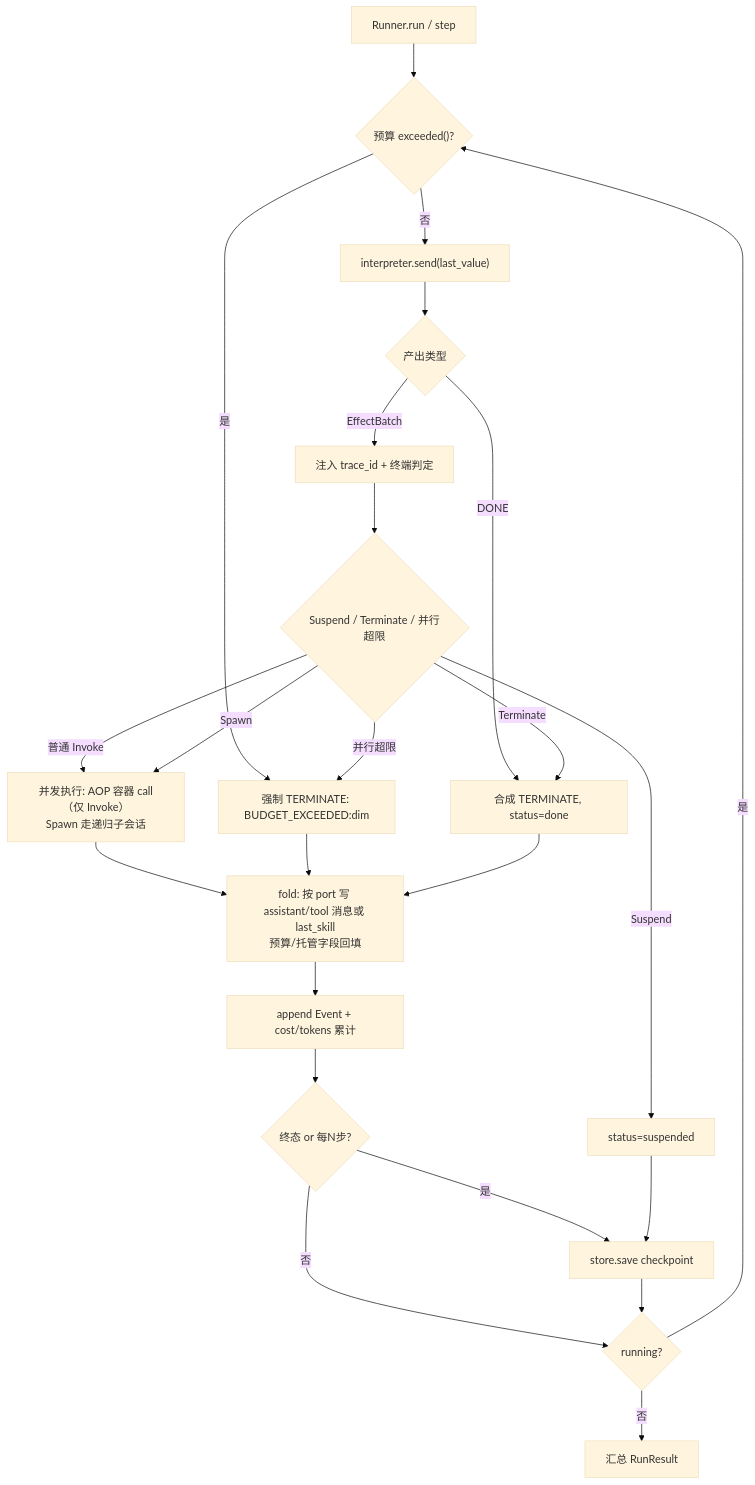
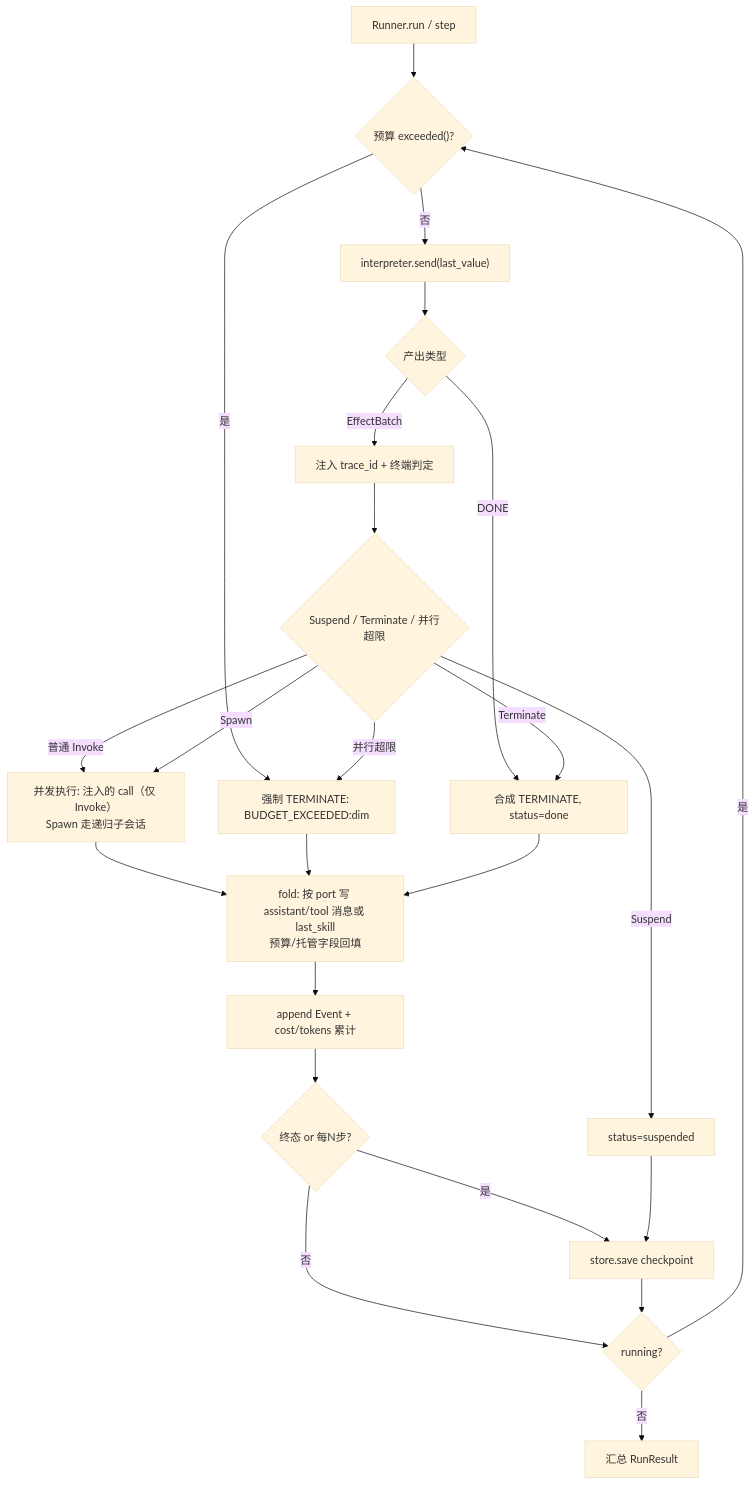
Before and after one commit to sao-lang/lll: the diagram in docs/02-模块详设/Agent/R1-核心运行时.md, drawn with Mermaid (base theme). The commit also changed other lines of this file and 159 other files, not shown here.

````diff
--- a/docs/02-模块详设/Agent/R1-核心运行时.md
+++ b/docs/02-模块详设/Agent/R1-核心运行时.md
@@ -27,26 +38,26 @@
 ```mermaid
 flowchart TD
     A["Runner.run / step"] --> B{"预算 exceeded()?"}
     B -->|是| E["强制 TERMINATE: BUDGET_EXCEEDED:dim"]
     B -->|否| D["interpreter.send(last_value)"]
     D --> DD{"产出类型"}
     DD -->|DONE| E2["合成 TERMINATE, status=done"]
     DD -->|EffectBatch| T["注入 trace_id + 终端判定"]
     T --> P{"Suspend / Terminate / 并行超限"}
     P -->|Suspend| S["status=suspended"]
     P -->|Terminate| E2
     P -->|并行超限| E
-    P -->|"普通 Invoke"| X["并发执行: AOP 容器 call（仅 Invoke）<br/>Spawn 走递归子会话"]
+    P -->|"普通 Invoke"| X["并发执行: 注入的 call（仅 Invoke）<br/>Spawn 走递归子会话"]
     P -->|Spawn| X
     X --> F["fold: 按 port 写 assistant/tool 消息或 last_skill<br/>预算/托管字段回填"]
     F --> EV["append Event + cost/tokens 累计"]
     EV --> CK{"终态 or 每N步?"}
     CK -->|是| SV["store.save checkpoint"]
     CK -->|否| LOOP
     SV --> LOOP{"running?"}
     S --> SV
     E --> F
     E2 --> F
     LOOP -->|是| B
     LOOP -->|否| R["汇总 RunResult"]
 ```
````
